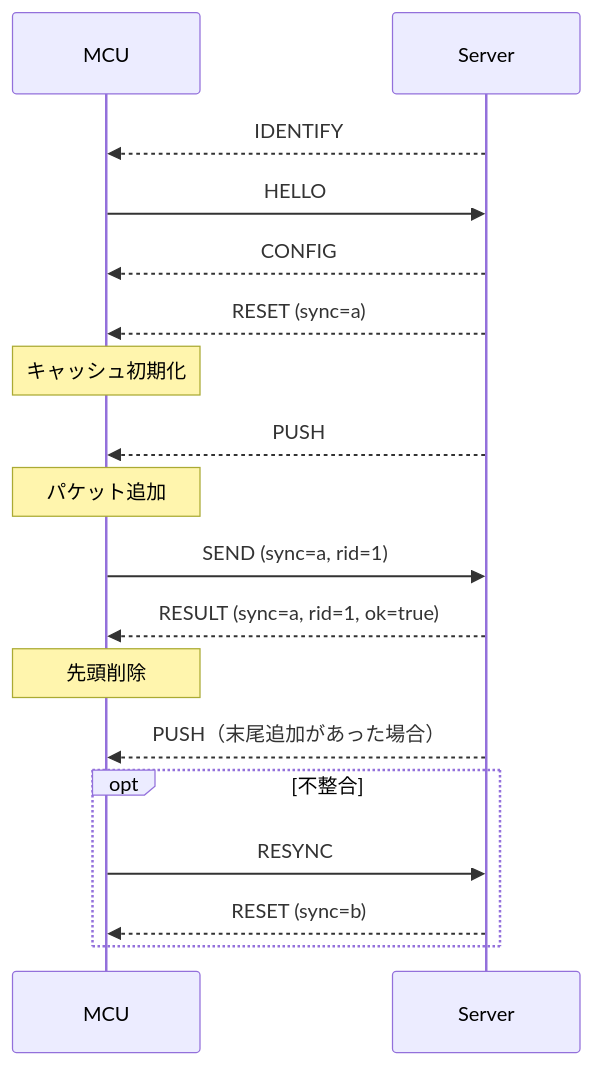
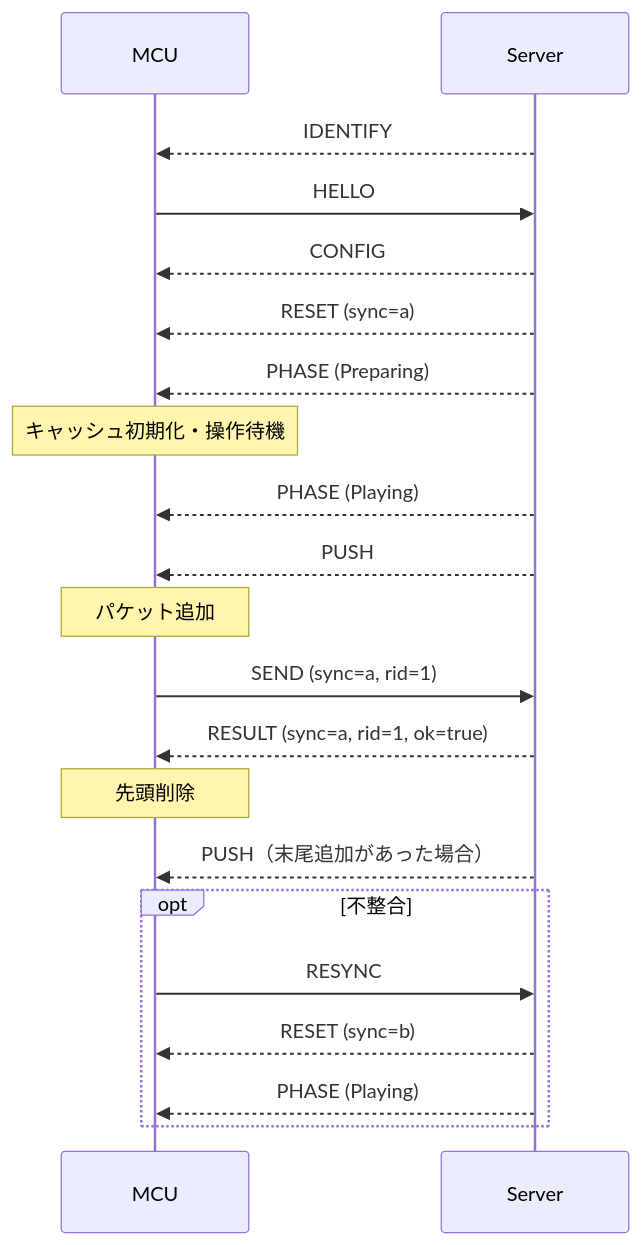
The diagram in docs/spec/player.md (canta-9142/D4_Exhi), drawn with Mermaid before and after one commit. The commit also changed other lines of this file and 1 other file, not shown here.

Commit message:
docs: add `phase` notice

````diff
--- a/docs/spec/player.md
+++ b/docs/spec/player.md
@@ -189,20 +204,23 @@
 ```mermaid
 sequenceDiagram
     participant M as MCU
     participant S as Server
     S-->>M: IDENTIFY
     M->>S: HELLO
     S-->>M: CONFIG
     S-->>M: RESET (sync=a)
-    Note over M: キャッシュ初期化
+    S-->>M: PHASE (Preparing)
+    Note over M: キャッシュ初期化・操作待機
+    S-->>M: PHASE (Playing)
     S-->>M: PUSH
     Note over M: パケット追加
     M->>S: SEND (sync=a, rid=1)
     S-->>M: RESULT (sync=a, rid=1, ok=true)
     Note over M: 先頭削除
     S-->>M: PUSH（末尾追加があった場合）
     opt 不整合
         M->>S: RESYNC
         S-->>M: RESET (sync=b)
+        S-->>M: PHASE (Playing)
     end
 ```
````
